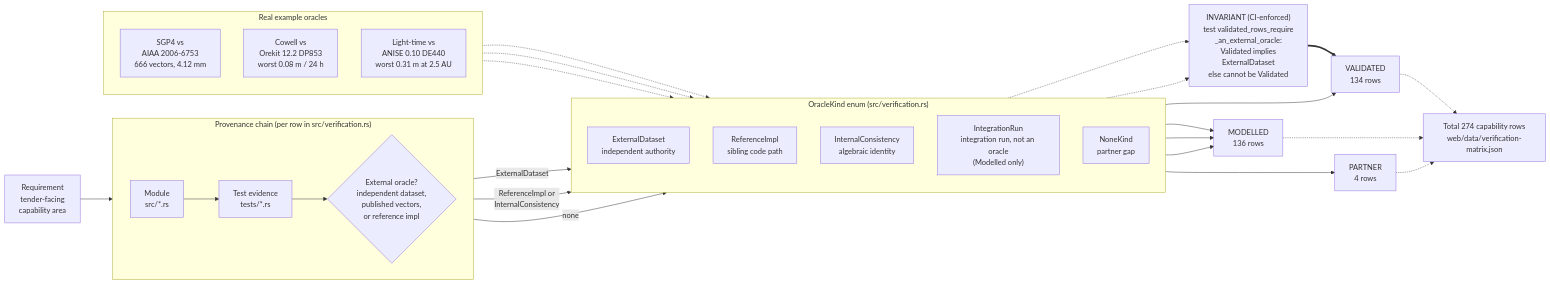
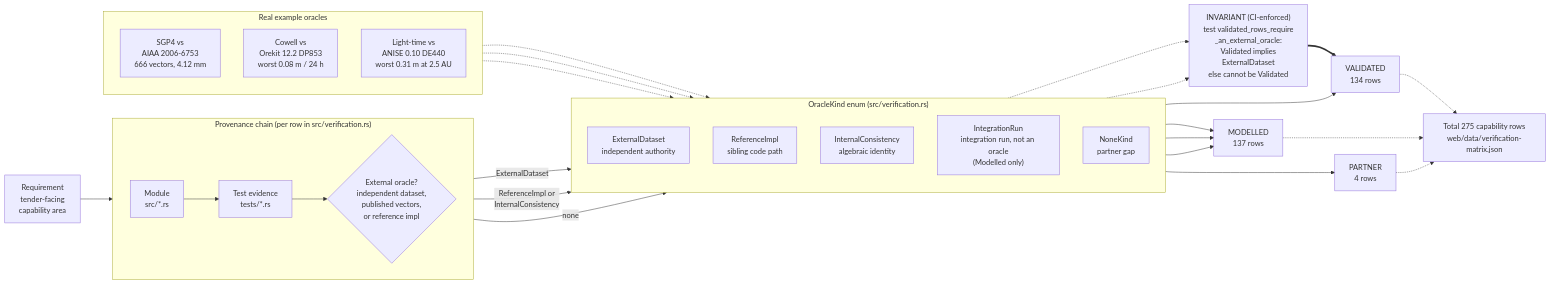
The diagram in docs/diagrams/validation-provenance.mmd (ashfordeOU/kshana), drawn with Mermaid before and after one commit. The commit also changed 34 other files, not shown here.

```diff
--- a/docs/diagrams/validation-provenance.mmd
+++ b/docs/diagrams/validation-provenance.mmd
@@ -1,51 +1,51 @@
 flowchart LR
     REQ["Requirement<br/>tender-facing<br/>capability area"]
 
     subgraph CHAIN["Provenance chain (per row in src/verification.rs)"]
         direction LR
         MOD["Module<br/>src/*.rs"]
         TST["Test evidence<br/>tests/*.rs"]
         ORA{"External oracle?<br/>independent dataset,<br/>published vectors,<br/>or reference impl"}
     end
 
     REQ --> MOD --> TST --> ORA
 
     subgraph KINDS["OracleKind enum (src/verification.rs)"]
         direction TD
         EXT["ExternalDataset<br/>independent authority"]
         REF["ReferenceImpl<br/>sibling code path"]
         INT["InternalConsistency<br/>algebraic identity"]
         IRN["IntegrationRun<br/>integration run, not an oracle<br/>(Modelled only)"]
         NON["NoneKind<br/>partner gap"]
     end
 
     ORA -->|ExternalDataset| EXT
     ORA -->|"ReferenceImpl or<br/>InternalConsistency"| INT
     ORA -->|none| NON
 
     GUARD["INVARIANT (CI-enforced)<br/>test validated_rows_require<br/>_an_external_oracle:<br/>Validated implies<br/>ExternalDataset<br/>else cannot be Validated"]
     EXT -.-> GUARD
     INT -.-> GUARD
 
     EXT --> VAL["VALIDATED<br/>134 rows"]
-    REF --> MDL["MODELLED<br/>136 rows"]
+    REF --> MDL["MODELLED<br/>137 rows"]
     INT --> MDL
     IRN --> MDL
     NON --> PRT["PARTNER<br/>4 rows"]
     GUARD ==> VAL
 
     subgraph EX["Real example oracles"]
         direction TD
         E1["SGP4 vs<br/>AIAA 2006-6753<br/>666 vectors, 4.12 mm"]
         E2["Cowell vs<br/>Orekit 12.2 DP853<br/>worst 0.08 m / 24 h"]
         E3["Light-time vs<br/>ANISE 0.10 DE440<br/>worst 0.31 m at 2.5 AU"]
     end
 
     E1 -.-> EXT
     E2 -.-> EXT
     E3 -.-> EXT
 
-    TOTAL["Total 274 capability rows<br/>web/data/verification-matrix.json"]
+    TOTAL["Total 275 capability rows<br/>web/data/verification-matrix.json"]
     VAL -.-> TOTAL
     MDL -.-> TOTAL
     PRT -.-> TOTAL
```
